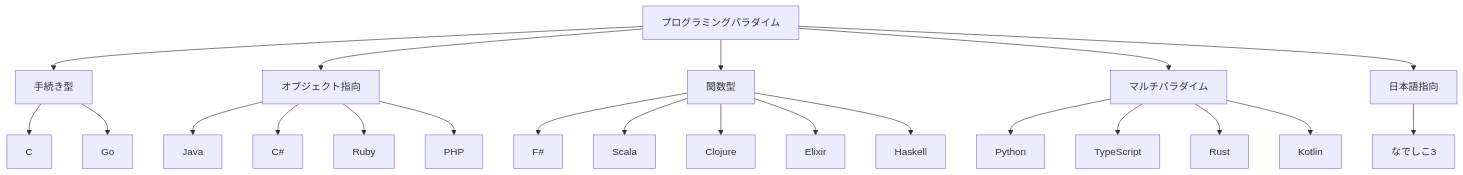
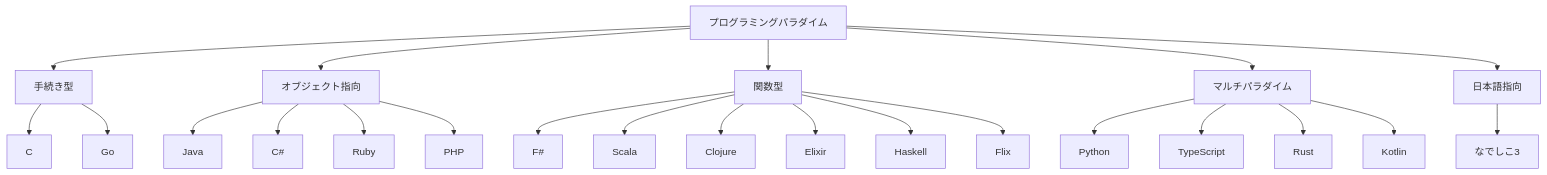
Before and after one commit to k2works/getting-started-algorithm: the diagram in docs/article/all/01-language-overview.md, drawn with Mermaid. The commit also changed other lines of this file and 7 other files, not shown here.

````diff
--- a/docs/article/all/01-language-overview.md
+++ b/docs/article/all/01-language-overview.md
@@ -11,24 +11,25 @@
 ```mermaid
 graph TD
     A[プログラミングパラダイム] --> B[手続き型]
     A --> C[オブジェクト指向]
     A --> D[関数型]
     B --> B1[C]
     B --> B2[Go]
     C --> C1[Java]
     C --> C2[C#]
     C --> C3[Ruby]
     C --> C4[PHP]
     A --> E[マルチパラダイム]
     E --> E1[Python]
     E --> E2[TypeScript]
     E --> E3[Rust]
     E --> E4[Kotlin]
     D --> D1[F#]
     D --> D2[Scala]
     D --> D3[Clojure]
     D --> D4[Elixir]
     D --> D5[Haskell]
+    D --> D6[Flix]
     A --> F[日本語指向]
     F --> F1[なでしこ3]
 ```
````
